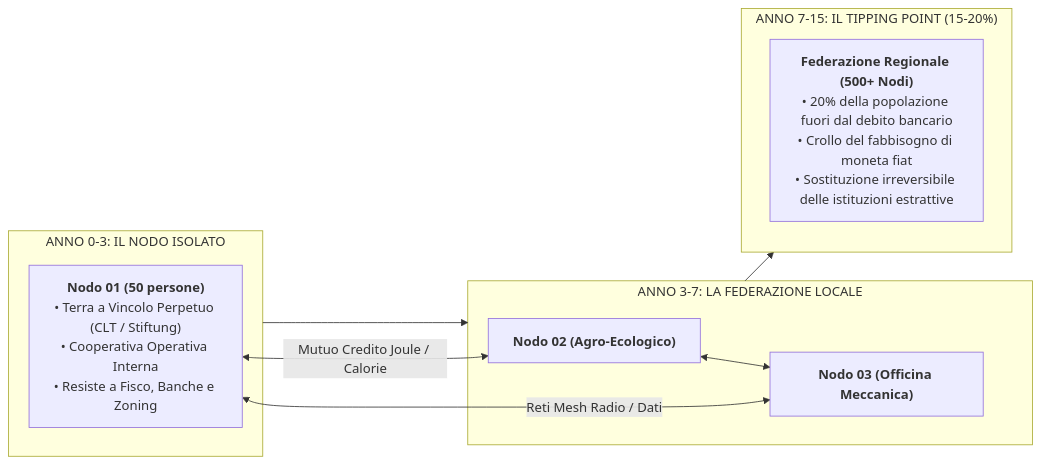
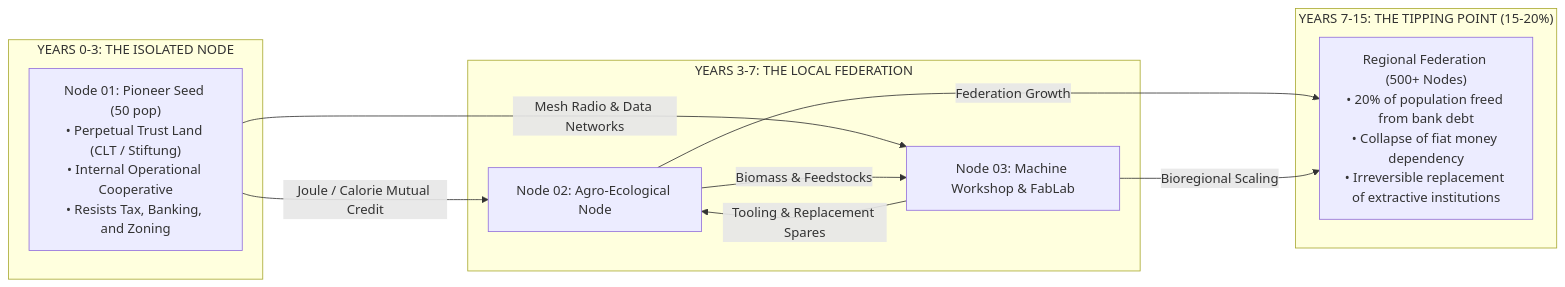
The diagram in sim/README.md (kyberlex/ONE), drawn with Mermaid before and after one commit. The commit also changed other lines of this file, not shown here.

Commit message:
docs(sim): translate README to English, clarify SIMONE co-simulation architecture, and fix Mermaid syntax

````diff
--- a/sim/README.md
+++ b/sim/README.md
@@ -61,18 +63,22 @@
 ```mermaid
 graph LR
-    subgraph Fase1 ["ANNO 0-3: IL NODO ISOLATO"]
-        N1["<b>Nodo 01 (50 persone)</b><br/>• Terra a Vincolo Perpetuo (CLT / Stiftung)<br/>• Cooperativa Operativa Interna<br/>• Resiste a Fisco, Banche e Zoning"]
+    subgraph Phase1 ["YEARS 0-3: THE ISOLATED NODE"]
+        N1["Node 01: Pioneer Seed (50 pop)<br/>• Perpetual Trust Land (CLT / Stiftung)<br/>• Internal Operational Cooperative<br/>• Resists Tax, Banking, and Zoning"]
     end
 
-    subgraph Fase2 ["ANNO 3-7: LA FEDERAZIONE LOCALE"]
-        N1 <-->|"Mutuo Credito Joule / Calorie"| N2["<b>Nodo 02 (Agro-Ecologico)</b>"]
-        N1 <-->|"Reti Mesh Radio / Dati"| N3["<b>Nodo 03 (Officina Meccanica)</b>"]
-        N2 <--> N3
+    subgraph Phase2 ["YEARS 3-7: THE LOCAL FEDERATION"]
+        N2["Node 02: Agro-Ecological Node"]
+        N3["Node 03: Machine Workshop & FabLab"]
     end
 
-    subgraph Fase3 ["ANNO 7-15: IL TIPPING POINT (15-20%)"]
-        Fed["<b>Federazione Regionale (500+ Nodi)</b><br/>• 20% della popolazione fuori dal debito bancario<br/>• Crollo del fabbisogno di moneta fiat<br/>• Sostituzione irreversibile delle istituzioni estrattive"]
+    subgraph Phase3 ["YEARS 7-15: THE TIPPING POINT (15-20%)"]
+        Fed["Regional Federation (500+ Nodes)<br/>• 20% of population freed from bank debt<br/>• Collapse of fiat money dependency<br/>• Irreversible replacement of extractive institutions"]
     end
 
-    Fase1 --> Fase2 --> Fase3
+    N1 -->|"Joule / Calorie Mutual Credit"| N2
+    N1 -->|"Mesh Radio & Data Networks"| N3
+    N2 -->|"Biomass & Feedstocks"| N3
+    N3 -->|"Tooling & Replacement Spares"| N2
+    N2 -->|"Federation Growth"| Fed
+    N3 -->|"Bioregional Scaling"| Fed
 ```
````
